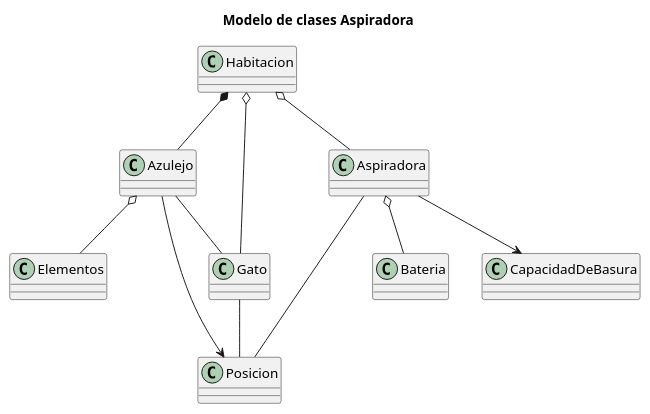
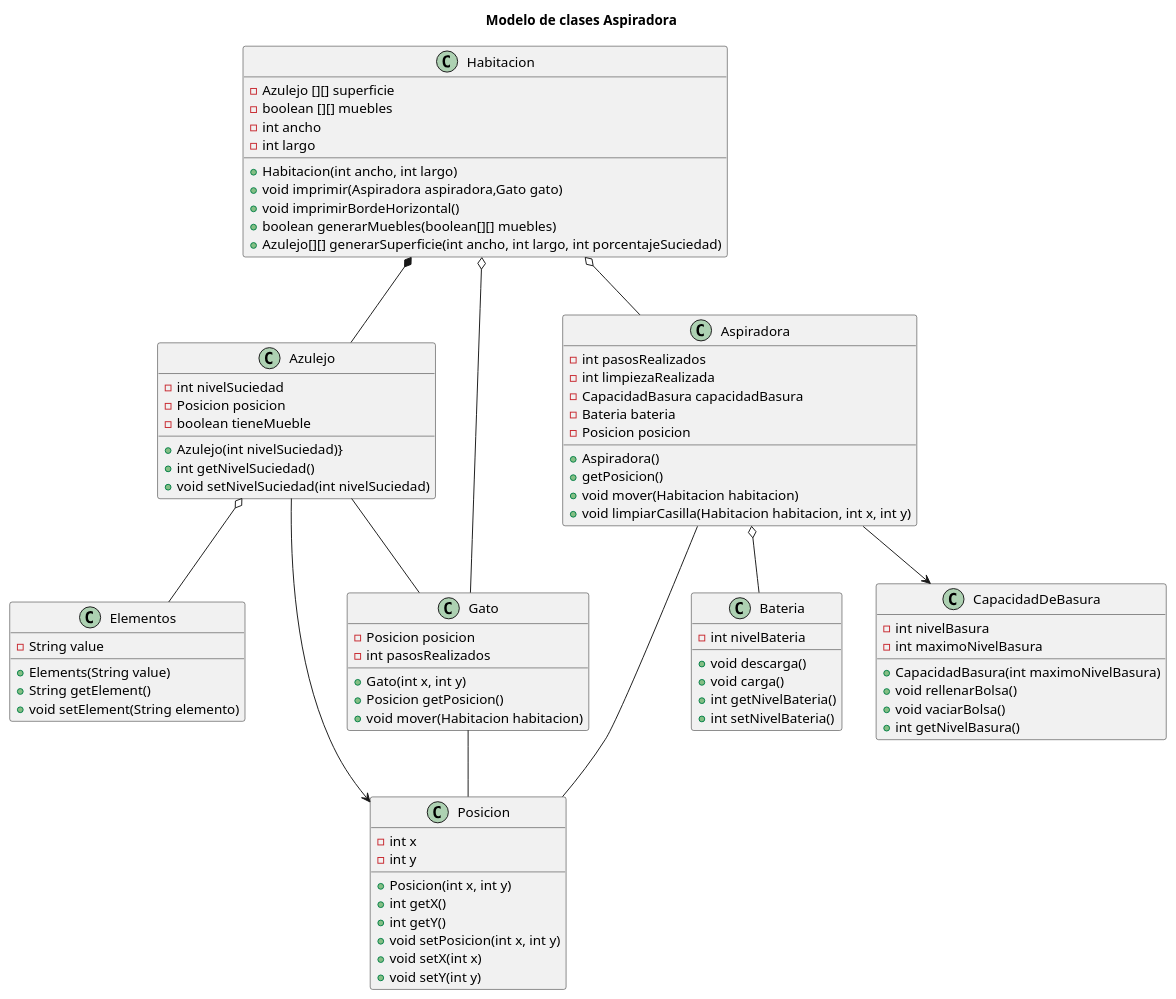
One commit to mmasias/23-24-IdSw2-SDD changed the diagram in modelosUML/DiagramaDeClases.puml. Above: the diagram before and after it, drawn with PlantUML.

Commit message:
fix/refactoring ClassDiagram

```diff
--- a/modelosUML/DiagramaDeClases.puml
+++ b/modelosUML/DiagramaDeClases.puml
@@ -1,50 +1,94 @@
 @startuml
 
 title Modelo de clases Aspiradora
 
 class Habitacion { 
-
+-Azulejo [][] superficie
+-boolean [][] muebles
+-int ancho
+-int largo 
++Habitacion(int ancho, int largo)
++void imprimir(Aspiradora aspiradora,Gato gato)
++void imprimirBordeHorizontal()
++boolean generarMuebles(boolean[][] muebles)	
++Azulejo[][] generarSuperficie(int ancho, int largo, int porcentajeSuciedad)
 }
 
 Class Azulejo {  
-
+-int nivelSuciedad
+-Posicion posicion
+-boolean tieneMueble
++Azulejo(int nivelSuciedad)}
++int getNivelSuciedad()
++void setNivelSuciedad(int nivelSuciedad)
 }
 
 class Aspiradora { 
-
+-int pasosRealizados
+-int limpiezaRealizada
+-CapacidadBasura capacidadBasura
+-Bateria bateria
+-Posicion posicion
++Aspiradora()
++getPosicion()
++void mover(Habitacion habitacion)
++void limpiarCasilla(Habitacion habitacion, int x, int y)
 }
 
 class Elementos  { 
-
+-String value
++Elements(String value)
++String getElement()
++void setElement(String elemento)
 }
 
 class Gato { 
-
+-Posicion posicion
+-int pasosRealizados
++Gato(int x, int y)
++Posicion getPosicion()
++void mover(Habitacion habitacion)
 }
 
 class Posicion { 
-
+-int x
+-int y
++Posicion(int x, int y)
++int getX()
++int getY()
++void setPosicion(int x, int y)
++void setX(int x)
++void setY(int y)
 }
 
 class Bateria { 
-
+-int nivelBateria
++void descarga()
++void carga()
++int getNivelBateria()
++int setNivelBateria()
 }	
 class CapacidadDeBasura { 
-
+-int nivelBasura
+-int maximoNivelBasura
++CapacidadBasura(int maximoNivelBasura)
++void rellenarBolsa()
++void vaciarBolsa()
++int getNivelBasura()
 }	
 
 
 
 Habitacion *-- Azulejo
 Habitacion o-- Aspiradora
 Habitacion o-- Gato
 Gato--Posicion
 Azulejo o--Elementos 
 Azulejo -- Gato
 Azulejo --> Posicion
 Aspiradora -- Posicion
 Aspiradora o-- Bateria
 Aspiradora --> CapacidadDeBasura
 
 
 @enduml
```
